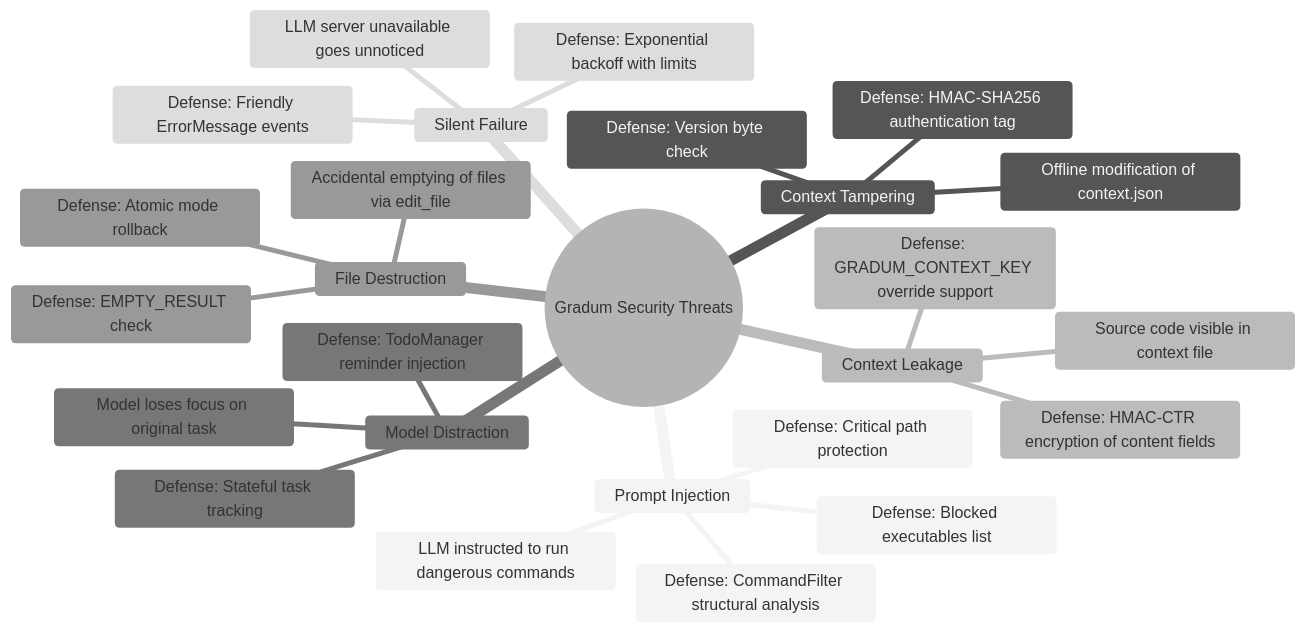
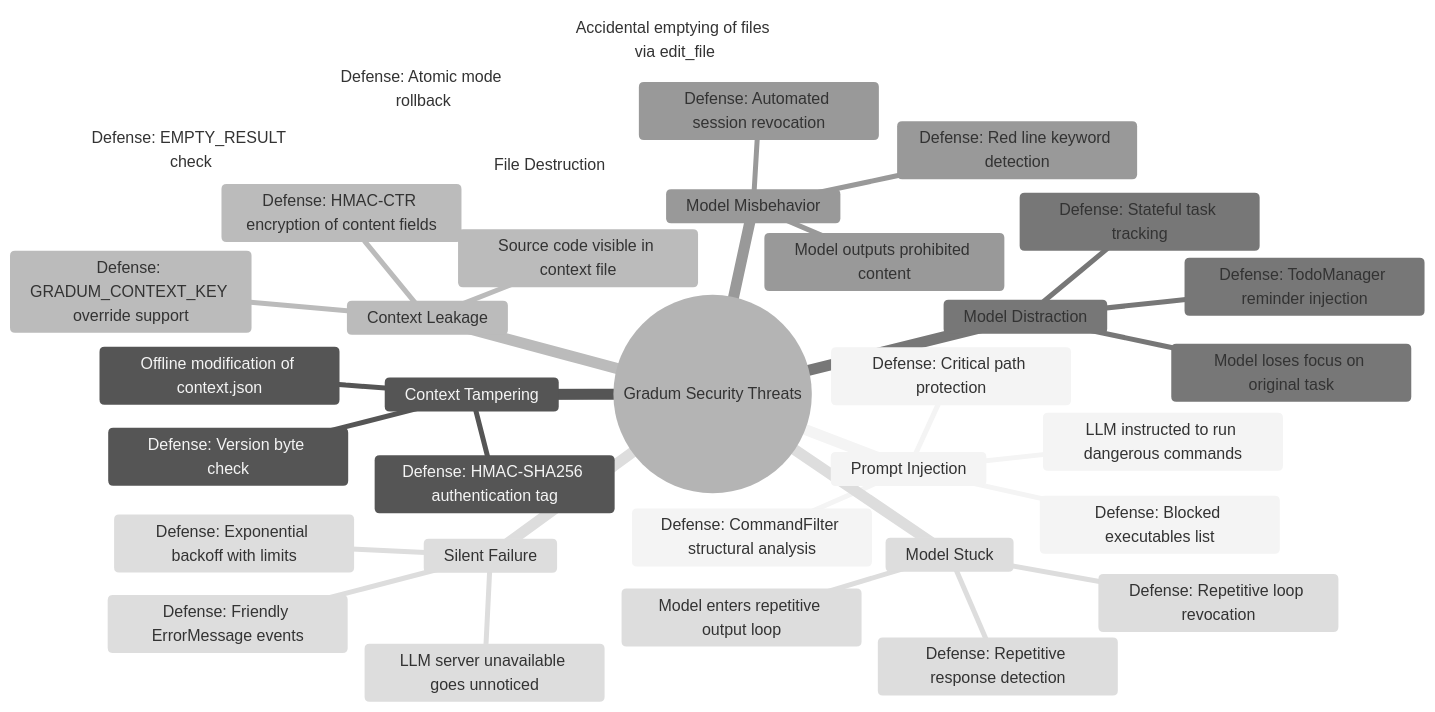
One commit to lg841226/Gradum changed diagram 24 of 27 in docs/ARCHITECTURE.md. Above: the diagram before and after it, drawn with Mermaid (neutral theme). The commit also changed other lines of this file and 8 other files, not shown here.

Commit message:
feat(guardrail): add mission revocation system with red line keyword, repetitive loop, and tool runaway detection

````diff
--- a/docs/ARCHITECTURE.md
+++ b/docs/ARCHITECTURE.md
@@ -1268,29 +1370,37 @@
 ```mermaid
 mindmap
   root((Gradum Security Threats))
     Prompt Injection
       LLM instructed to run dangerous commands
       Defense: CommandFilter structural analysis
       Defense: Blocked executables list
       Defense: Critical path protection
     Context Tampering
       Offline modification of context.json
       Defense: HMAC-SHA256 authentication tag
       Defense: Version byte check
     Context Leakage
       Source code visible in context file
       Defense: HMAC-CTR encryption of content fields
       Defense: GRADUM_CONTEXT_KEY override support
     Model Distraction
       Model loses focus on original task
       Defense: TodoManager reminder injection
       Defense: Stateful task tracking
+    Model Misbehavior
+      Model outputs prohibited content
+      Defense: Red line keyword detection
+      Defense: Automated session revocation
+    Model Stuck
+      Model enters repetitive output loop
+      Defense: Repetitive response detection
+      Defense: Repetitive loop revocation
     File Destruction
       Accidental emptying of files via edit_file
       Defense: EMPTY_RESULT check
       Defense: Atomic mode rollback
     Silent Failure
       LLM server unavailable goes unnoticed
       Defense: Exponential backoff with limits
       Defense: Friendly ErrorMessage events
 ```
````
